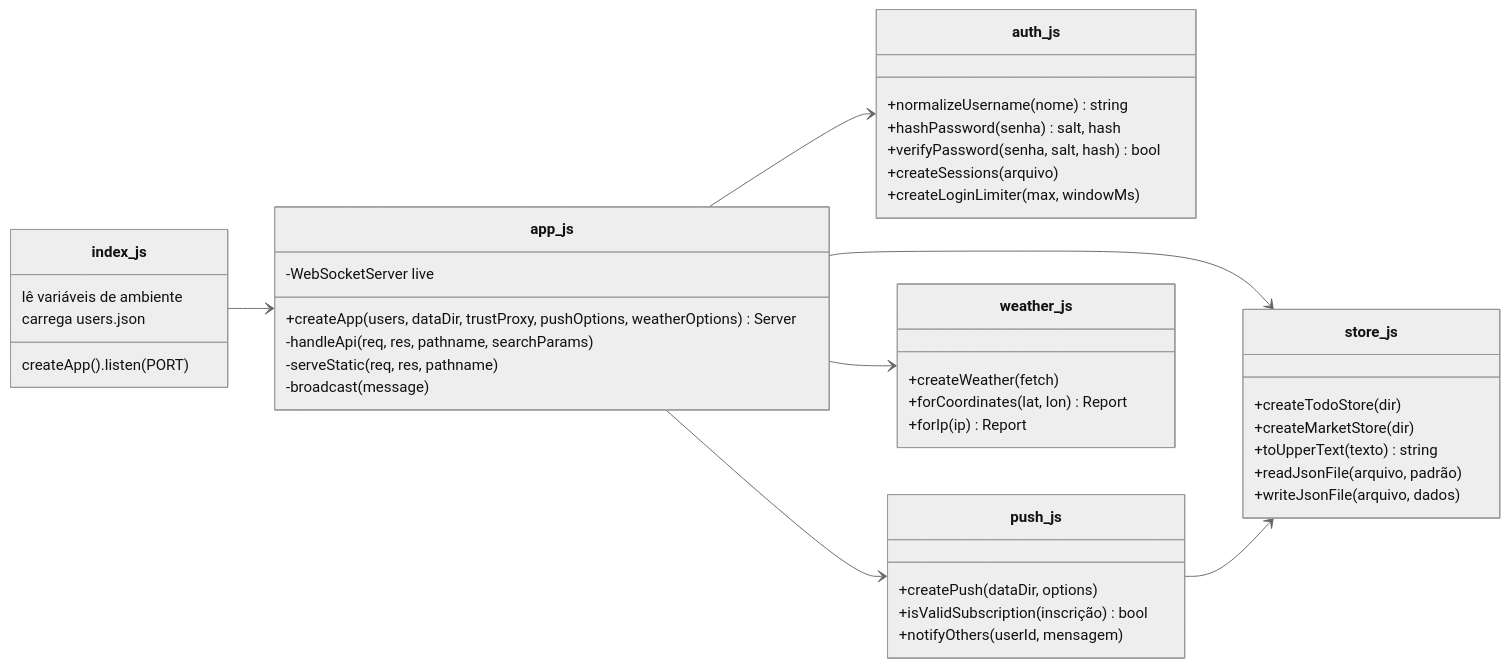
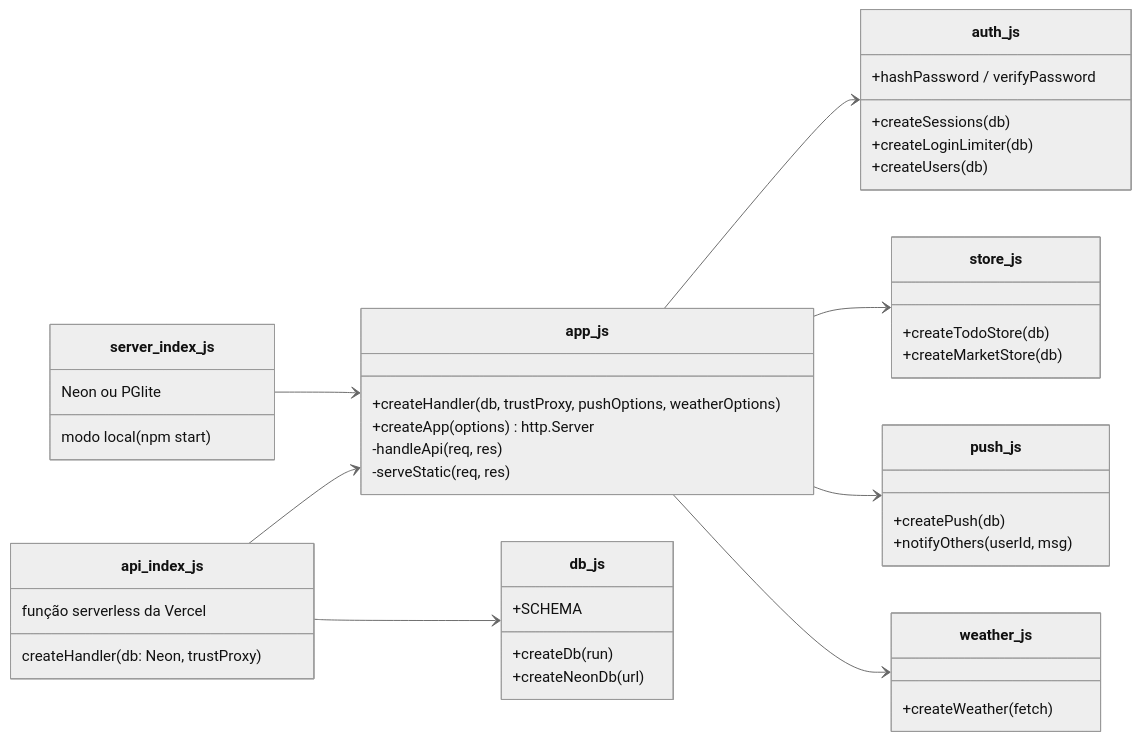
One commit to CarlosAlvesSantosJr/My-daily-tasks changed the fourth of 6 diagrams in README.md. Above: the diagram before and after it, drawn with Mermaid (neutral theme). The commit also changed other lines of this file and 28 other files, not shown here.

First line of the commit message:
Versão 3.0.0: em produção na Vercel + Neon Postgres

````diff
--- a/README.md
+++ b/README.md
@@ -106,46 +214,47 @@
 ```mermaid
 classDiagram
     direction LR
-    class index_js {
-        lê variáveis de ambiente
-        carrega users.json
-        createApp().listen(PORT)
+    class api_index_js {
+        função serverless da Vercel
+        createHandler(db: Neon, trustProxy)
+    }
+    class server_index_js {
+        modo local (npm start)
+        Neon ou PGlite
     }
     class app_js {
-        +createApp(users, dataDir, trustProxy, pushOptions, weatherOptions) Server
-        -handleApi(req, res, pathname, searchParams)
-        -serveStatic(req, res, pathname)
-        -WebSocketServer live
-        -broadcast(message)
+        +createHandler(db, trustProxy, pushOptions, weatherOptions)
+        +createApp(options) http.Server
+        -handleApi(req, res)
+        -serveStatic(req, res)
+    }
+    class db_js {
+        +createDb(run)
+        +createNeonDb(url)
+        +SCHEMA
     }
     class auth_js {
-        +normalizeUsername(nome) string
-        +hashPassword(senha) salt, hash
-        +verifyPassword(senha, salt, hash) bool
-        +createSessions(arquivo)
-        +createLoginLimiter(max, windowMs)
+        +hashPassword / verifyPassword
+        +createSessions(db)
+        +createLoginLimiter(db)
+        +createUsers(db)
     }
     class store_js {
-        +createTodoStore(dir)
-        +createMarketStore(dir)
-        +toUpperText(texto) string
-        +readJsonFile(arquivo, padrão)
-        +writeJsonFile(arquivo, dados)
+        +createTodoStore(db)
+        +createMarketStore(db)
     }
     class push_js {
-        +createPush(dataDir, options)
-        +isValidSubscription(inscrição) bool
-        +notifyOthers(userId, mensagem)
+        +createPush(db)
+        +notifyOthers(userId, msg)
     }
     class weather_js {
         +createWeather(fetch)
-        +forCoordinates(lat, lon) Report
-        +forIp(ip) Report
     }
-    index_js --> app_js
+    api_index_js --> app_js
+    server_index_js --> app_js
+    api_index_js --> db_js
     app_js --> auth_js
     app_js --> store_js
     app_js --> push_js
     app_js --> weather_js
-    push_js --> store_js
 ```
````
